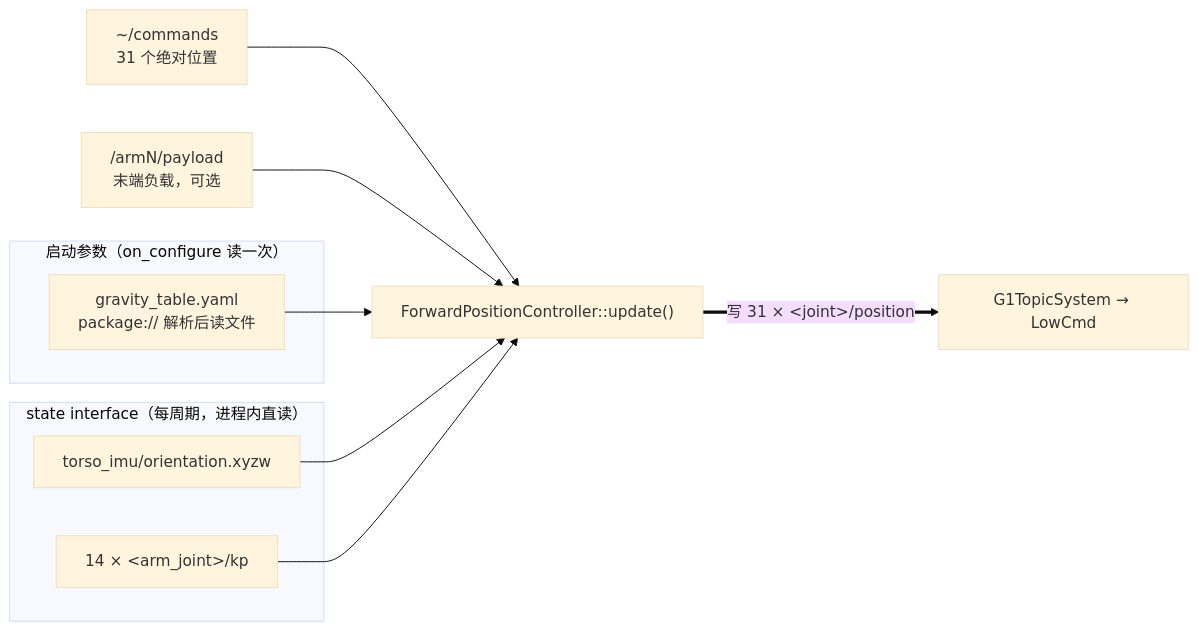
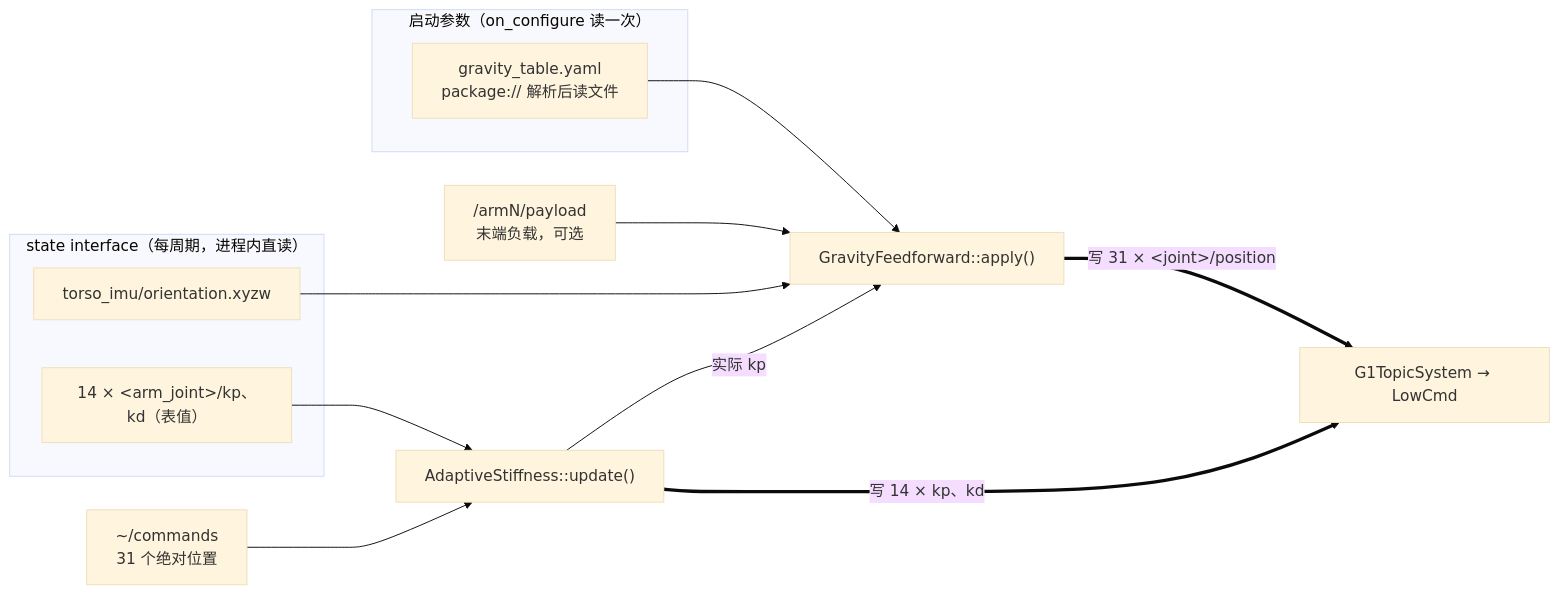
Before and after one commit to yizhongzhang1989/Unitree_G1_Workspace: the third of 3 diagrams in src/unitree_g1_ros2_control/README.md, drawn with Mermaid (base theme). The commit also changed other lines of this file and 48 other files, not shown here.

````diff
--- a/src/unitree_g1_ros2_control/README.md
+++ b/src/unitree_g1_ros2_control/README.md
@@ -179,16 +182,18 @@
 ```mermaid
 graph LR
     subgraph P["启动参数（on_configure 读一次）"]
         Y["gravity_table.yaml<br/>package:// 解析后读文件"]
     end
     subgraph S["state interface（每周期，进程内直读）"]
         I["torso_imu/orientation.xyzw"]
-        K["14 × &lt;arm_joint&gt;/kp"]
+        K["14 × &lt;arm_joint&gt;/kp、kd（表值）"]
     end
-    T["~/commands<br/>31 个绝对位置"] --> C
+    T["~/commands<br/>31 个绝对位置"] --> A
     L["/armN/payload<br/>末端负载，可选"] --> C
-    Y --> C["ForwardPositionController::update()"]
+    Y --> C["GravityFeedforward::apply()"]
     I --> C
-    K --> C
+    K --> A["AdaptiveStiffness::update()"]
+    A ==>|"写 14 × kp、kd"| G
+    A -->|"实际 kp"| C
     C ==>|"写 31 × &lt;joint&gt;/position"| G["G1TopicSystem → LowCmd"]
 ```
````
